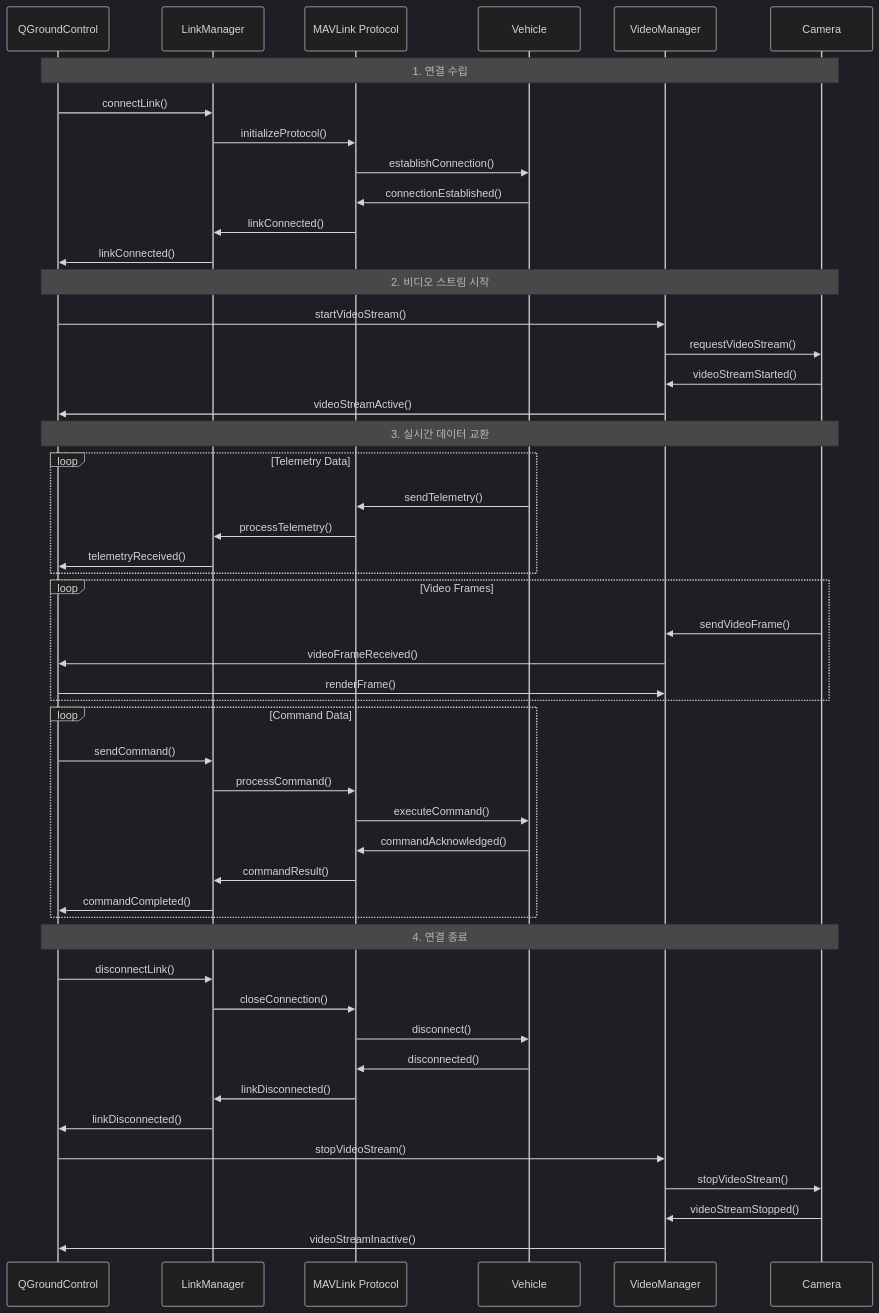
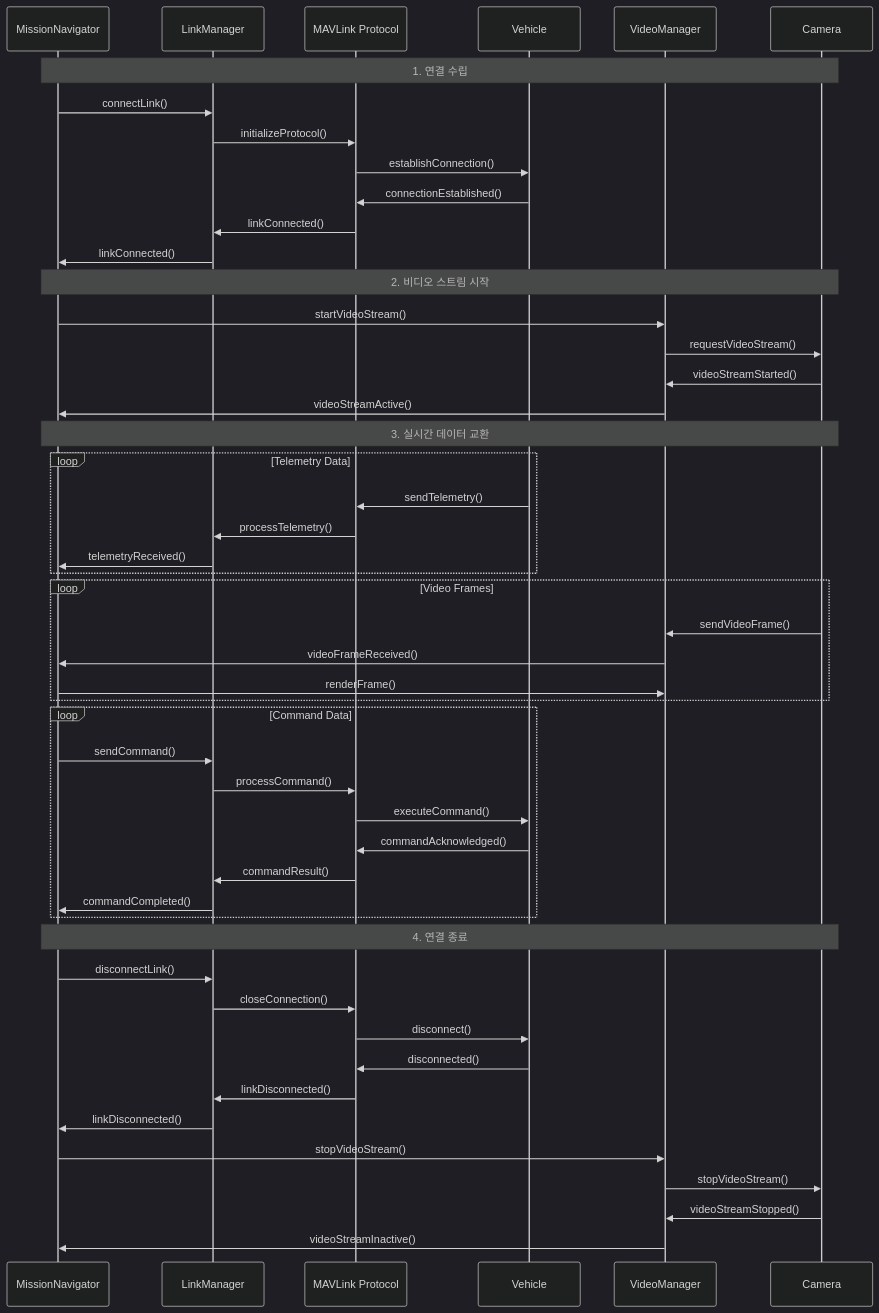
One commit to hsgang/qgroundcontrol changed the sixth of 8 diagrams in QGroundControl_Data_Video_Architecture.md. Above: the diagram before and after it, drawn with Mermaid (dark theme). The commit also changed other lines of this file and 2 other files, not shown here.

Commit message:
update md

````diff
--- a/QGroundControl_Data_Video_Architecture.md
+++ b/QGroundControl_Data_Video_Architecture.md
@@ -379,58 +379,58 @@
 ```mermaid
 sequenceDiagram
-    participant QGC as QGroundControl
+    participant MissionNavigator as MissionNavigator
     participant LinkManager as LinkManager
     participant MAVLink as MAVLink Protocol
     participant Vehicle as Vehicle
     participant VideoManager as VideoManager
     participant Camera as Camera
     
-    Note over QGC,Camera: 1. 연결 수립
-    QGC->>LinkManager: connectLink()
+    Note over MissionNavigator,Camera: 1. 연결 수립
+    MissionNavigator->>LinkManager: connectLink()
     LinkManager->>MAVLink: initializeProtocol()
     MAVLink->>Vehicle: establishConnection()
     Vehicle->>MAVLink: connectionEstablished()
     MAVLink->>LinkManager: linkConnected()
-    LinkManager->>QGC: linkConnected()
+    LinkManager->>MissionNavigator: linkConnected()
     
-    Note over QGC,Camera: 2. 비디오 스트림 시작
-    QGC->>VideoManager: startVideoStream()
+    Note over MissionNavigator,Camera: 2. 비디오 스트림 시작
+    MissionNavigator->>VideoManager: startVideoStream()
     VideoManager->>Camera: requestVideoStream()
     Camera->>VideoManager: videoStreamStarted()
-    VideoManager->>QGC: videoStreamActive()
+    VideoManager->>MissionNavigator: videoStreamActive()
     
-    Note over QGC,Camera: 3. 실시간 데이터 교환
+    Note over MissionNavigator,Camera: 3. 실시간 데이터 교환
     loop Telemetry Data
         Vehicle->>MAVLink: sendTelemetry()
         MAVLink->>LinkManager: processTelemetry()
-        LinkManager->>QGC: telemetryReceived()
+        LinkManager->>MissionNavigator: telemetryReceived()
     end
     
     loop Video Frames
         Camera->>VideoManager: sendVideoFrame()
-        VideoManager->>QGC: videoFrameReceived()
-        QGC->>VideoManager: renderFrame()
+        VideoManager->>MissionNavigator: videoFrameReceived()
+        MissionNavigator->>VideoManager: renderFrame()
     end
     
     loop Command Data
-        QGC->>LinkManager: sendCommand()
+        MissionNavigator->>LinkManager: sendCommand()
         LinkManager->>MAVLink: processCommand()
         MAVLink->>Vehicle: executeCommand()
         Vehicle->>MAVLink: commandAcknowledged()
         MAVLink->>LinkManager: commandResult()
-        LinkManager->>QGC: commandCompleted()
+        LinkManager->>MissionNavigator: commandCompleted()
     end
     
-    Note over QGC,Camera: 4. 연결 종료
-    QGC->>LinkManager: disconnectLink()
+    Note over MissionNavigator,Camera: 4. 연결 종료
+    MissionNavigator->>LinkManager: disconnectLink()
     LinkManager->>MAVLink: closeConnection()
     MAVLink->>Vehicle: disconnect()
     Vehicle->>MAVLink: disconnected()
     MAVLink->>LinkManager: linkDisconnected()
-    LinkManager->>QGC: linkDisconnected()
+    LinkManager->>MissionNavigator: linkDisconnected()
     
-    QGC->>VideoManager: stopVideoStream()
+    MissionNavigator->>VideoManager: stopVideoStream()
     VideoManager->>Camera: stopVideoStream()
     Camera->>VideoManager: videoStreamStopped()
-    VideoManager->>QGC: videoStreamInactive()
+    VideoManager->>MissionNavigator: videoStreamInactive()
 ```
````
